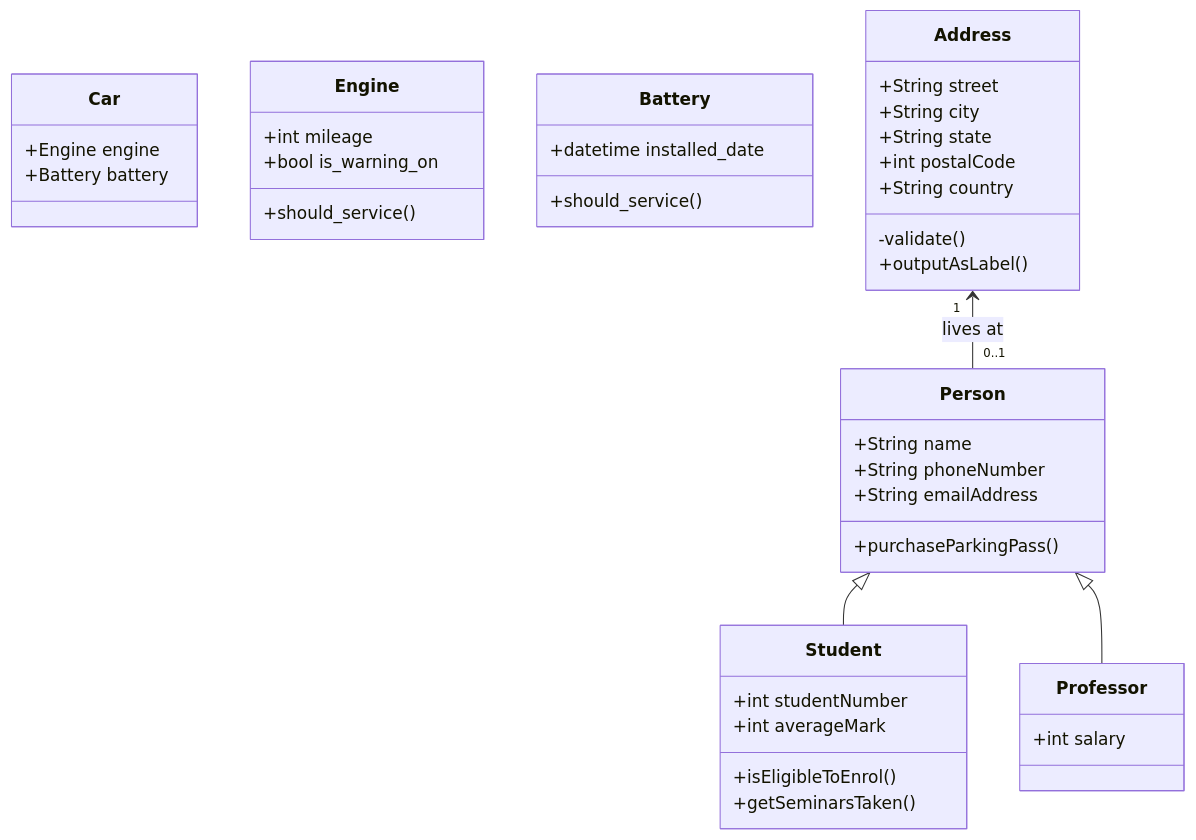
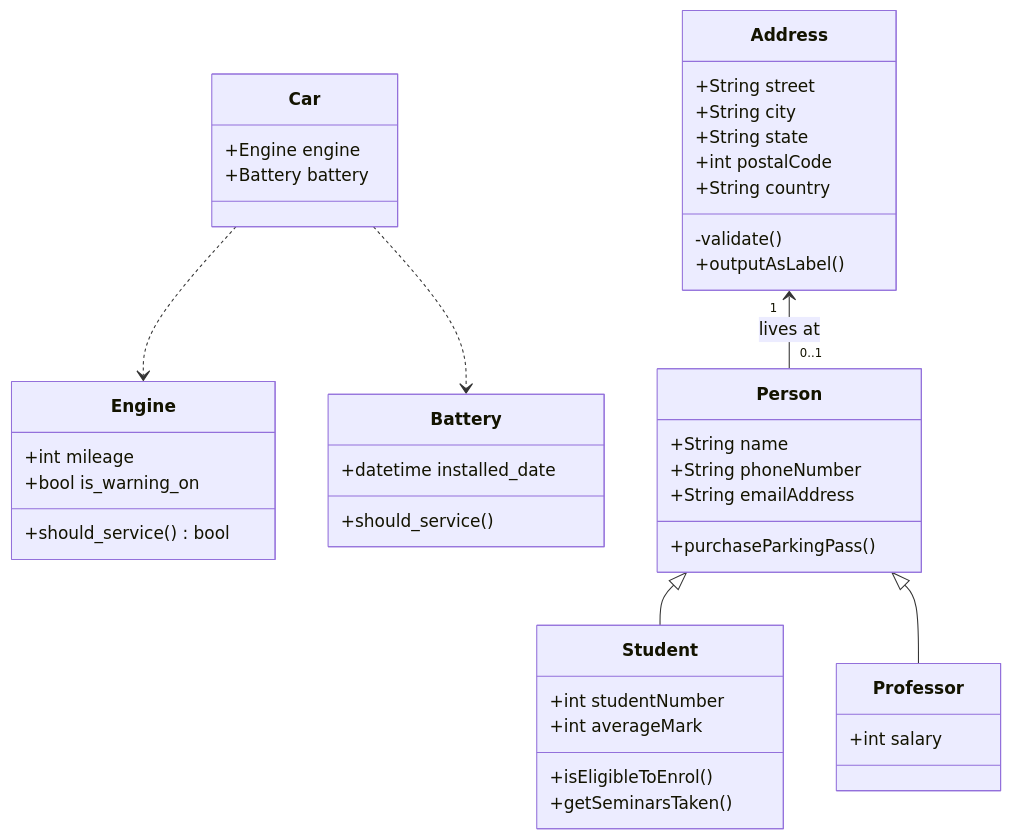
The diagram in uml-diagram.md (vagabond-systems/forage-lyft-starter-repo), drawn with Mermaid before and after one commit.

Commit message:
added diagram

````diff
--- a/uml-diagram.md
+++ b/uml-diagram.md
@@ -1,45 +1,46 @@
 ```mermaid
 classDiagram
-    Car
+    Car ..> Engine
+    Car ..> Battery
     class Car{
         +Engine engine
         +Battery battery
     }
     class Engine{
         +int mileage
         +bool is_warning_on
-        +should_service()
+        +should_service() bool
     }
     class Battery{
         +datetime installed_date
         +should_service()
     }
 
 
 
    Person <|-- Student
    Person <|-- Professor
    Person : +String name
    Person : +String phoneNumber
    Person : +String emailAddress
    Person: +purchaseParkingPass()
    Address "1" <-- "0..1" Person:lives at
    class Student{
       +int studentNumber
       +int averageMark
       +isEligibleToEnrol()
       +getSeminarsTaken()
     }
     class Professor{
       +int salary
     }
     class Address{
       +String street
       +String city
       +String state
       +int postalCode
       +String country
       -validate()
       +outputAsLabel()
     }
 ```
````
